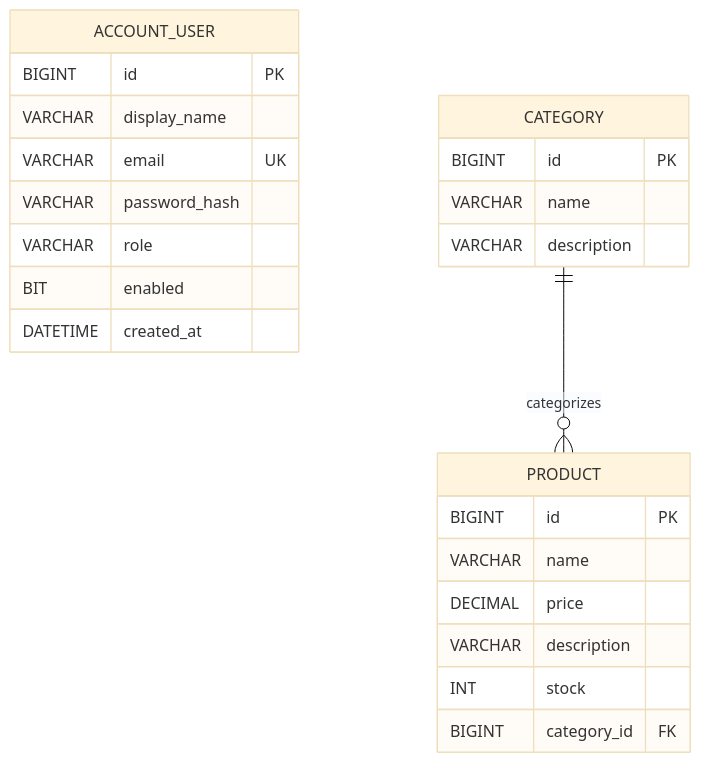
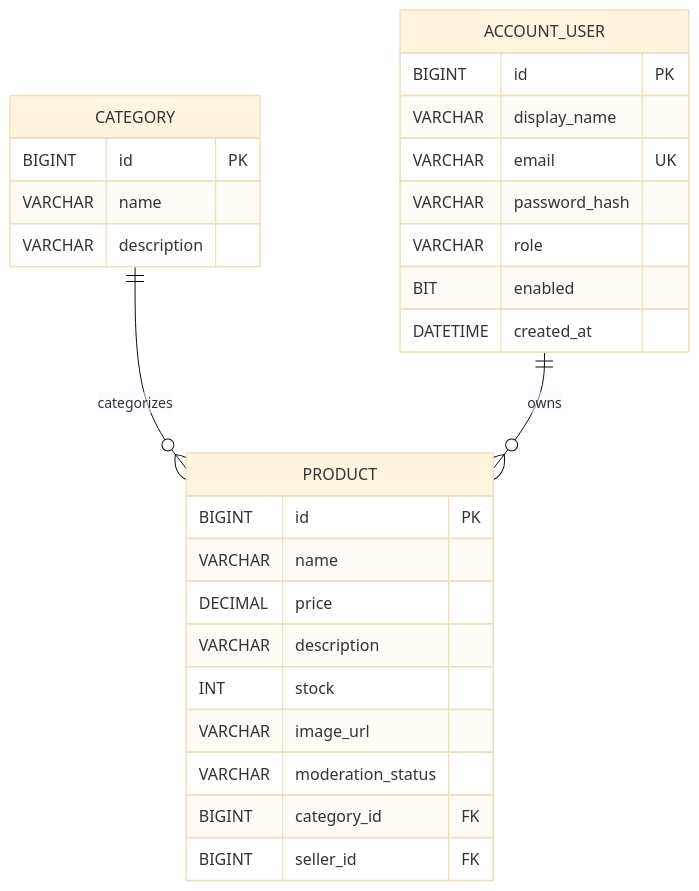
The diagram in shopsphere/docs/database-design.md (23020717TranThuanVy/ShopSphere-E-commerce-Management-System), drawn with Mermaid (base theme) before and after one commit. The commit also changed other lines of this file and 29 other files, not shown here.

Commit message:
feat: add seller product ownership and moderation

````diff
--- a/shopsphere/docs/database-design.md
+++ b/shopsphere/docs/database-design.md
@@ -13,26 +13,30 @@
 ```mermaid
 erDiagram
   ACCOUNT_USER {
     BIGINT id PK
     VARCHAR display_name
     VARCHAR email UK
     VARCHAR password_hash
     VARCHAR role
     BIT enabled
     DATETIME created_at
   }
   CATEGORY ||--o{ PRODUCT : categorizes
+  ACCOUNT_USER ||--o{ PRODUCT : owns
   CATEGORY {
     BIGINT id PK
     VARCHAR name
     VARCHAR description
   }
   PRODUCT {
     BIGINT id PK
     VARCHAR name
     DECIMAL price
     VARCHAR description
     INT stock
+    VARCHAR image_url
+    VARCHAR moderation_status
     BIGINT category_id FK
+    BIGINT seller_id FK
   }
 ```
````
